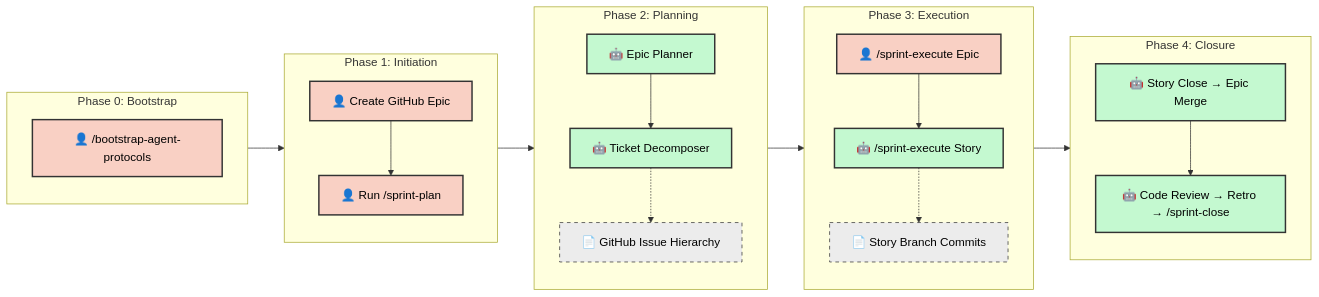
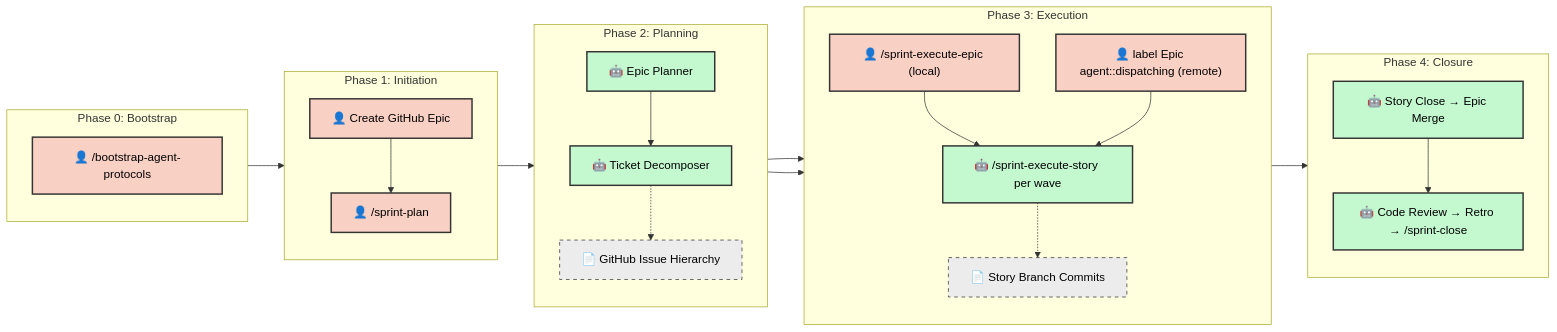
Before and after one commit to dsj1984/agent-protocols: the diagram in .agents/SDLC.md, drawn with Mermaid. The commit also changed other lines of this file and 2 other files, not shown here.

Commit message:
fix(bootstrap): add hitl to schema, shorten label descriptions; docs(sdlc): restructure around simple flow

````diff
--- a/.agents/SDLC.md
+++ b/.agents/SDLC.md
@@ -27,46 +62,49 @@
 ```mermaid
 graph LR
     classDef manual fill:#f9d0c4,stroke:#333,stroke-width:2px,color:#000;
     classDef agentic fill:#c4f9d0,stroke:#333,stroke-width:2px,color:#000;
     classDef artifact fill:#ececec,stroke:#333,stroke-width:1px,stroke-dasharray: 5 5,color:#000;
 
     subgraph Phase0 ["Phase 0: Bootstrap"]
         direction TB
         Z["👤 /bootstrap-agent-protocols"]:::manual
     end
 
     subgraph Phase1 ["Phase 1: Initiation"]
         direction TB
         A["👤 Create GitHub Epic"]:::manual
-        B["👤 Run /sprint-plan"]:::manual
+        B["👤 /sprint-plan"]:::manual
         A --> B
     end
 
     subgraph Phase2 ["Phase 2: Planning"]
         direction TB
         C["🤖 Epic Planner"]:::agentic
         D["🤖 Ticket Decomposer"]:::agentic
         C --> D
         D -.-> D_Art["📄 GitHub Issue Hierarchy"]:::artifact
     end
 
     subgraph Phase3 ["Phase 3: Execution"]
         direction TB
-        E["👤 /sprint-execute Epic"]:::manual
-        F["🤖 /sprint-execute Story"]:::agentic
-        E --> F
+        E1["👤 /sprint-execute-epic (local)"]:::manual
+        E2["👤 label Epic agent::dispatching (remote)"]:::manual
+        F["🤖 /sprint-execute-story per wave"]:::agentic
+        E1 --> F
+        E2 --> F
         F -.-> F_Art["📄 Story Branch Commits"]:::artifact
     end
 
     subgraph Phase4 ["Phase 4: Closure"]
         direction TB
         G["🤖 Story Close → Epic Merge"]:::agentic
         H["🤖 Code Review → Retro → /sprint-close"]:::agentic
         G --> H
     end
 
     Z --> A
     B --> C
-    D --> E
+    D --> E1
+    D --> E2
     F --> G
 ```
````
